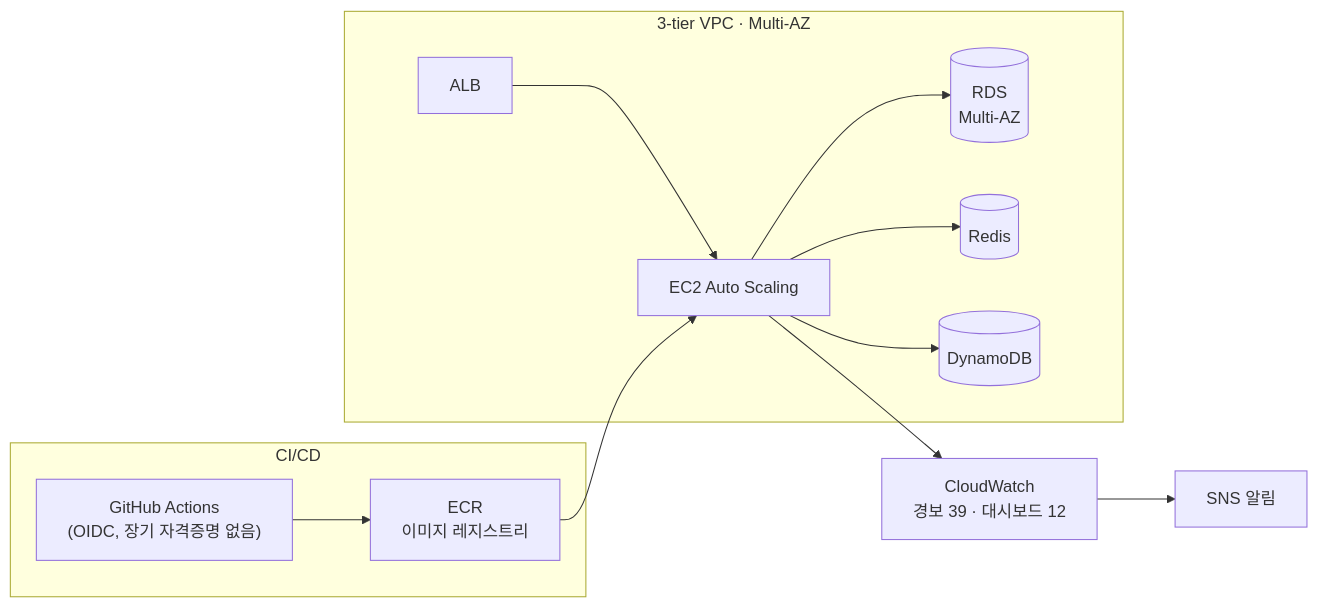
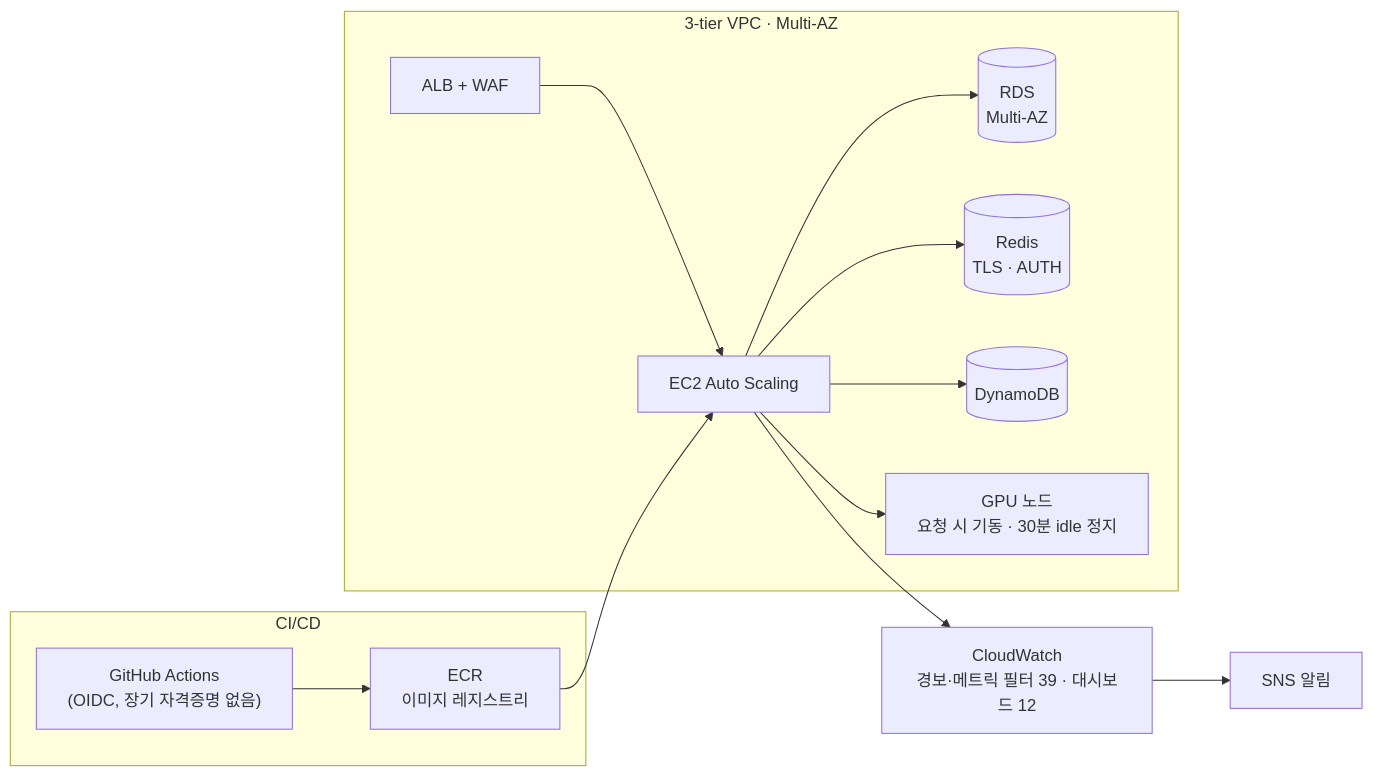
Before and after one commit to SouthSea0613/SouthSea0613: the diagram in README.md, drawn with Mermaid. The commit also changed other lines of this file, not shown here.

````diff
--- a/README.md
+++ b/README.md
@@ -29,15 +33,17 @@
 ```mermaid
 flowchart LR
   subgraph CI ["CI/CD"]
     GH["GitHub Actions<br/>(OIDC, 장기 자격증명 없음)"] --> ECR["ECR<br/>이미지 레지스트리"]
   end
   subgraph VPC ["3-tier VPC · Multi-AZ"]
-    ALB["ALB"] --> ASG["EC2 Auto Scaling"]
+    ALB["ALB + WAF"] --> ASG["EC2 Auto Scaling"]
     ASG --> RDS[("RDS<br/>Multi-AZ")]
-    ASG --> REDIS[("Redis")]
+    ASG --> REDIS[("Redis<br/>TLS · AUTH")]
     ASG --> DDB[("DynamoDB")]
+    GPU["GPU 노드<br/>요청 시 기동 · 30분 idle 정지"]
   end
   ECR --> ASG
-  ASG --> CW["CloudWatch<br/>경보 39 · 대시보드 12"]
+  ASG --> GPU
+  ASG --> CW["CloudWatch<br/>경보·메트릭 필터 39 · 대시보드 12"]
   CW --> SNS["SNS 알림"]
 ```
````
